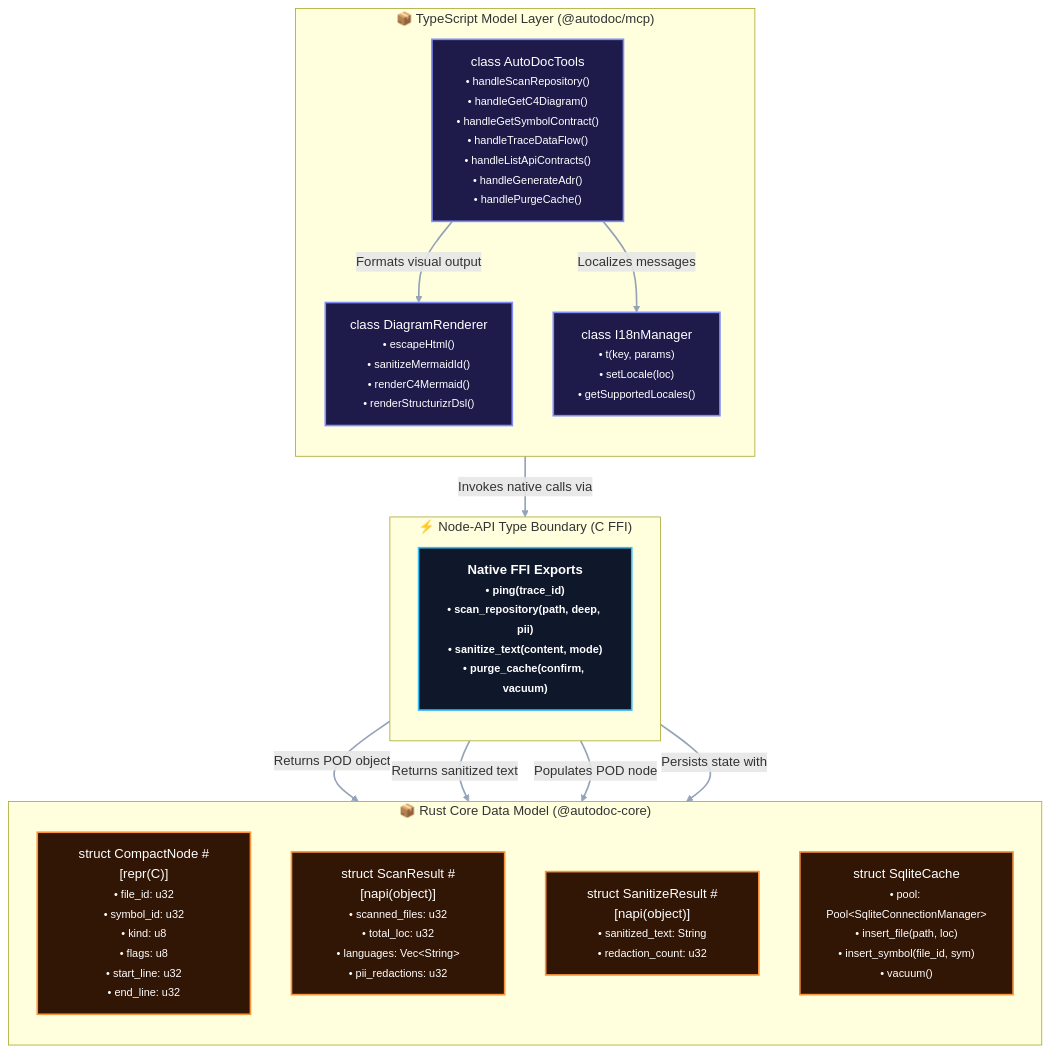
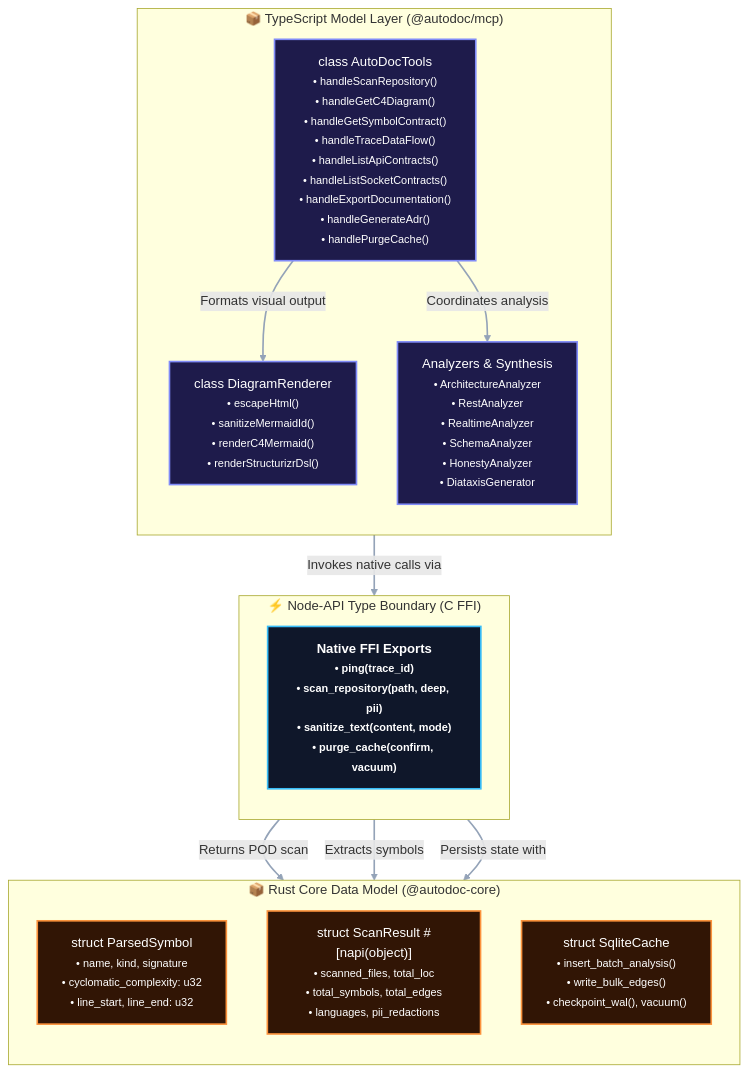
The fourth of 4 diagrams in docs/reference/codebase-map.md (dandgabr/autodoc), drawn with Mermaid before and after one commit. The commit also changed other lines of this file and 16 other files, not shown here.

First line of the commit message:
docs: synchronize architecture, tools, and codebase topology via self-scan

````diff
--- a/docs/reference/codebase-map.md
+++ b/docs/reference/codebase-map.md
@@ -145,40 +157,38 @@
 ```mermaid
 flowchart TD
     %% High Contrast Styling Definitions
     classDef tsClass fill:#1E1B4B,stroke:#818CF8,stroke-width:2px,color:#FFFFFF;
     classDef mcpClass fill:#1E1B4B,stroke:#818CF8,stroke-width:2px,color:#FFFFFF;
     classDef rustClass fill:#311505,stroke:#FB923C,stroke-width:2px,color:#FFFFFF;
     classDef glueClass fill:#0F172A,stroke:#38BDF8,stroke-width:2px,color:#FFFFFF,font-weight:bold;
 
     subgraph TSModels["📦 TypeScript Model Layer (@autodoc/mcp)"]
         direction TB
-        AutoDocTools["class AutoDocTools<br/><small>• handleScanRepository()<br/>• handleGetC4Diagram()<br/>• handleGetSymbolContract()<br/>• handleTraceDataFlow()<br/>• handleListApiContracts()<br/>• handleGenerateAdr()<br/>• handlePurgeCache()</small>"]:::tsClass
+        AutoDocTools["class AutoDocTools<br/><small>• handleScanRepository()<br/>• handleGetC4Diagram()<br/>• handleGetSymbolContract()<br/>• handleTraceDataFlow()<br/>• handleListApiContracts()<br/>• handleListSocketContracts()<br/>• handleExportDocumentation()<br/>• handleGenerateAdr()<br/>• handlePurgeCache()</small>"]:::tsClass
+        Analyzers["Analyzers & Synthesis<br/><small>• ArchitectureAnalyzer<br/>• RestAnalyzer<br/>• RealtimeAnalyzer<br/>• SchemaAnalyzer<br/>• HonestyAnalyzer<br/>• DiataxisGenerator</small>"]:::tsClass
         DiagramRenderer["class DiagramRenderer<br/><small>• escapeHtml()<br/>• sanitizeMermaidId()<br/>• renderC4Mermaid()<br/>• renderStructurizrDsl()</small>"]:::tsClass
-        I18nManager["class I18nManager<br/><small>• t(key, params)<br/>• setLocale(loc)<br/>• getSupportedLocales()</small>"]:::tsClass
     end
 
     subgraph FFIBoundary["⚡ Node-API Type Boundary (C FFI)"]
         direction TB
         BridgeSignatures["Native FFI Exports<br/><small>• ping(trace_id)<br/>• scan_repository(path, deep, pii)<br/>• sanitize_text(content, mode)<br/>• purge_cache(confirm, vacuum)</small>"]:::glueClass
     end
 
     subgraph RustModels["📦 Rust Core Data Model (@autodoc-core)"]
         direction TB
-        CompactNode["struct CompactNode #[repr(C)]<br/><small>• file_id: u32<br/>• symbol_id: u32<br/>• kind: u8<br/>• flags: u8<br/>• start_line: u32<br/>• end_line: u32</small>"]:::rustClass
-        ScanResult["struct ScanResult #[napi(object)]<br/><small>• scanned_files: u32<br/>• total_loc: u32<br/>• languages: Vec&lt;String&gt;<br/>• pii_redactions: u32</small>"]:::rustClass
-        SanitizeResult["struct SanitizeResult #[napi(object)]<br/><small>• sanitized_text: String<br/>• redaction_count: u32</small>"]:::rustClass
-        SqliteCache["struct SqliteCache<br/><small>• pool: Pool&lt;SqliteConnectionManager&gt;<br/>• insert_file(path, loc)<br/>• insert_symbol(file_id, sym)<br/>• vacuum()</small>"]:::rustClass
+        ParsedSymbol["struct ParsedSymbol<br/><small>• name, kind, signature<br/>• cyclomatic_complexity: u32<br/>• line_start, line_end: u32</small>"]:::rustClass
+        ScanResult["struct ScanResult #[napi(object)]<br/><small>• scanned_files, total_loc<br/>• total_symbols, total_edges<br/>• languages, pii_redactions</small>"]:::rustClass
+        SqliteCache["struct SqliteCache<br/><small>• insert_batch_analysis()<br/>• write_bulk_edges()<br/>• checkpoint_wal(), vacuum()</small>"]:::rustClass
     end
 
     %% Cross-boundary relationships
     AutoDocTools -->|"Formats visual output"| DiagramRenderer
-    AutoDocTools -->|"Localizes messages"| I18nManager
+    AutoDocTools -->|"Coordinates analysis"| Analyzers
     AutoDocTools -->|"Invokes native calls via"| BridgeSignatures
 
-    BridgeSignatures -->|"Returns POD object"| ScanResult
-    BridgeSignatures -->|"Returns sanitized text"| SanitizeResult
-    BridgeSignatures -->|"Populates POD node"| CompactNode
+    BridgeSignatures -->|"Returns POD scan"| ScanResult
+    BridgeSignatures -->|"Extracts symbols"| ParsedSymbol
     BridgeSignatures -->|"Persists state with"| SqliteCache
 
     linkStyle default stroke:#94A3B8,stroke-width:2px;
 ```
````
